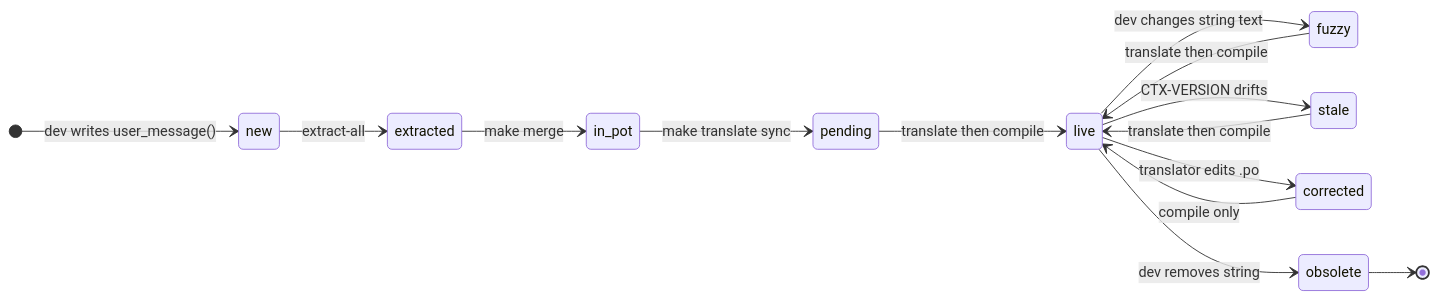
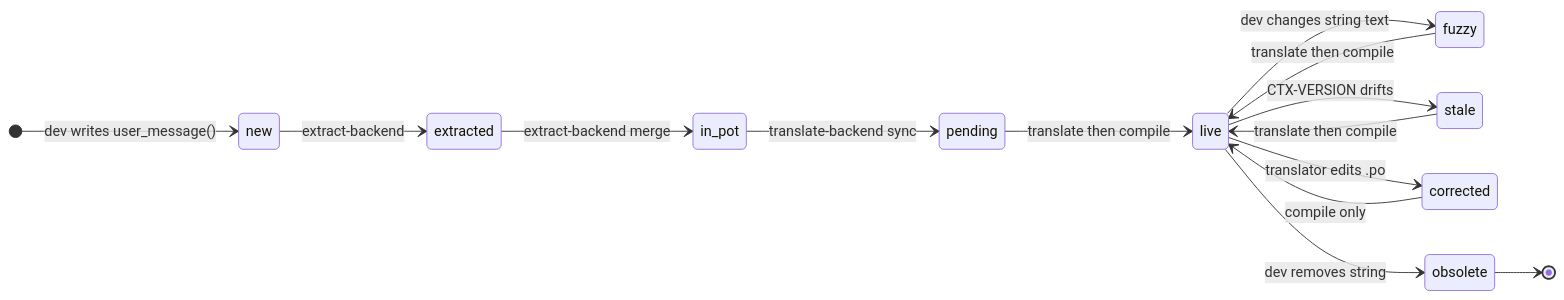
The first of 3 diagrams in scripts/i18n/DESIGN.md (ITISFoundation/osparc-simcore), drawn with Mermaid before and after one commit. The commit also changed other lines of this file and 4 other files, not shown here.

````diff
--- a/scripts/i18n/DESIGN.md
+++ b/scripts/i18n/DESIGN.md
@@ -112,21 +115,21 @@
 ```mermaid
 stateDiagram-v2
     direction LR
     [*] --> new : dev writes user_message()
-    new --> extracted : extract-all
-    extracted --> in_pot : make merge
-    in_pot --> pending : make translate sync
+    new --> extracted : extract-backend
+    extracted --> in_pot : extract-backend merge
+    in_pot --> pending : translate-backend sync
     pending --> live : translate then compile
 
     live --> fuzzy : dev changes string text
     fuzzy --> live : translate then compile
 
     live --> stale : CTX-VERSION drifts
     stale --> live : translate then compile
 
     live --> corrected : translator edits .po
     corrected --> live : compile only
 
     live --> obsolete : dev removes string
     obsolete --> [*]
 ```
````
